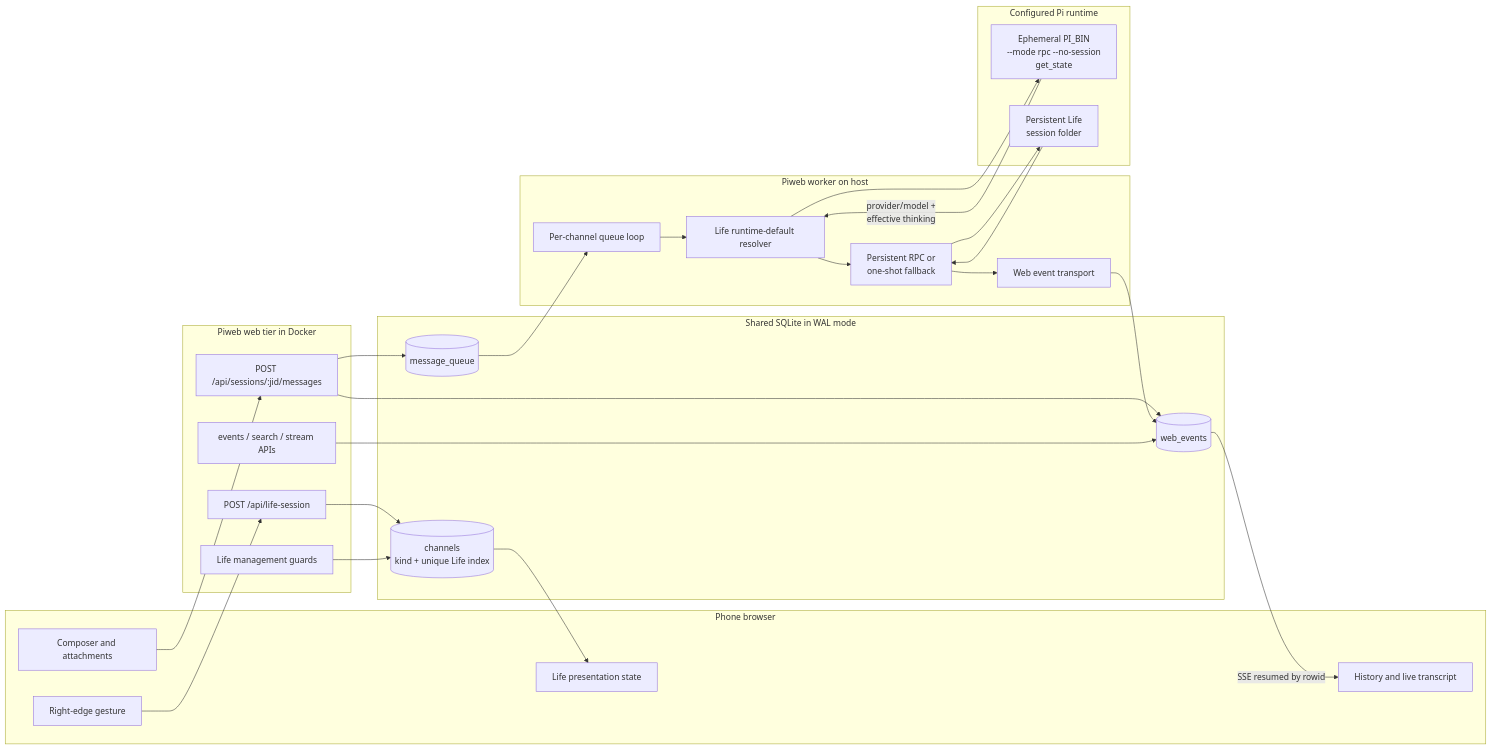
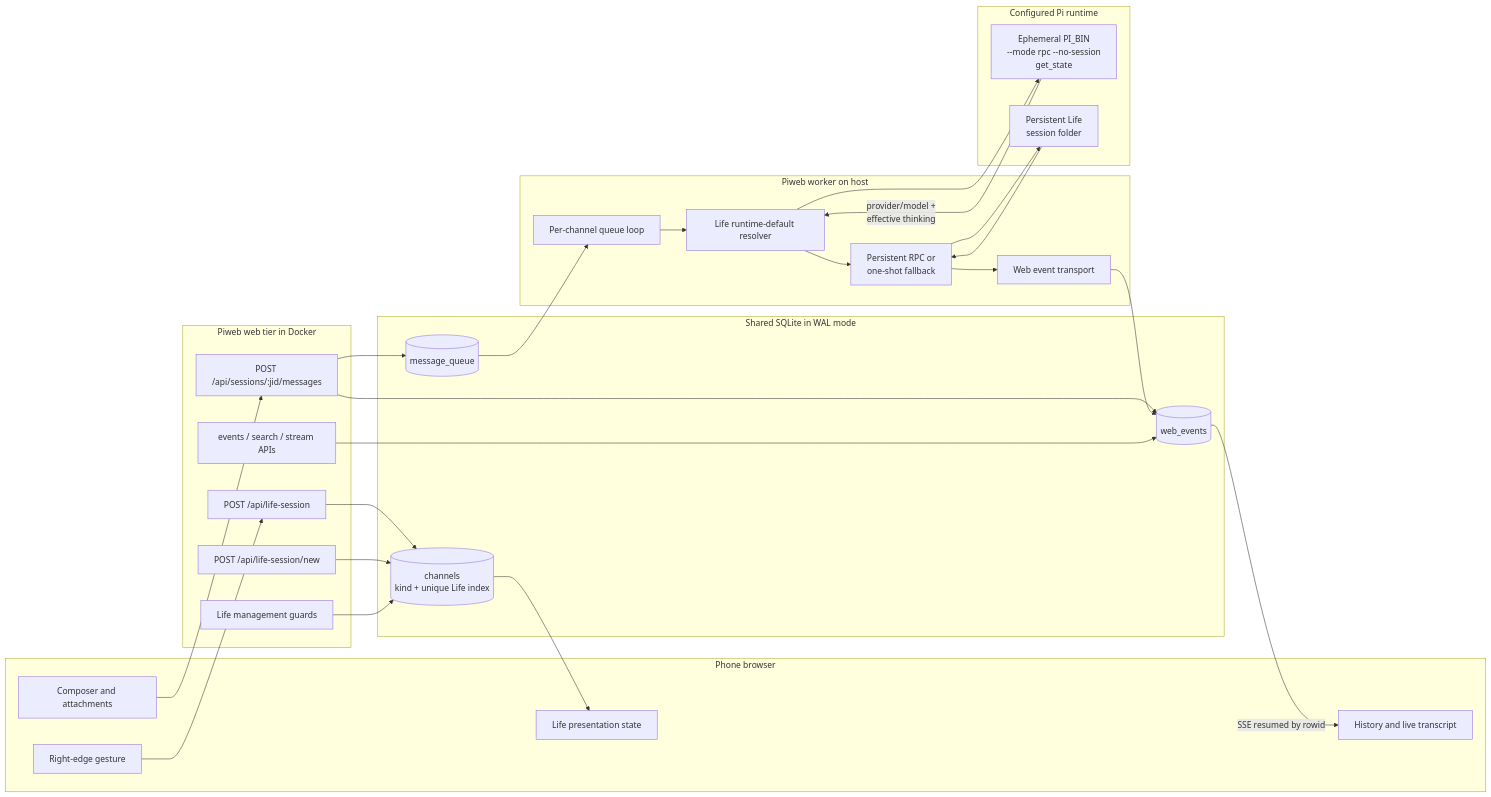
Before and after one commit to AyaSakura-comp/piweb: the second of 5 diagrams in docs/life-mode.md, drawn with Mermaid. The commit also changed other lines of this file and 22 other files, not shown here.

````diff
--- a/docs/life-mode.md
+++ b/docs/life-mode.md
@@ -107,53 +118,55 @@
 ```mermaid
 flowchart LR
     subgraph Phone[Phone browser]
         Gesture[Right-edge gesture]
         LifeUI[Life presentation state]
         Composer[Composer and attachments]
         Transcript[History and live transcript]
     end
 
     subgraph Web[Piweb web tier in Docker]
         LifeAPI[POST /api/life-session]
+        NewLifeAPI[POST /api/life-session/new]
         MsgAPI[POST /api/sessions/:jid/messages]
         HistoryAPI[events / search / stream APIs]
         Guards[Life management guards]
     end
 
     subgraph SQLite[Shared SQLite in WAL mode]
         Channels[(channels<br/>kind + unique Life index)]
         MessageQueue[(message_queue)]
         WebEvents[(web_events)]
     end
 
     subgraph Worker[Piweb worker on host]
         Queue[Per-channel queue loop]
         Resolver[Life runtime-default resolver]
         SessionRunner[Persistent RPC or<br/>one-shot fallback]
         Transport[Web event transport]
     end
 
     subgraph PiRuntime[Configured Pi runtime]
         Probe[Ephemeral PI_BIN<br/>--mode rpc --no-session<br/>get_state]
         LifeSession[Persistent Life<br/>session folder]
     end
 
     Gesture --> LifeAPI
     LifeAPI --> Channels
+    NewLifeAPI --> Channels
     Channels --> LifeUI
     Composer --> MsgAPI
     MsgAPI --> WebEvents
     MsgAPI --> MessageQueue
     MessageQueue --> Queue
     Queue --> Resolver
     Resolver --> Probe
     Probe -->|provider/model +<br/>effective thinking| Resolver
     Resolver --> SessionRunner
     SessionRunner --> LifeSession
     LifeSession --> SessionRunner
     SessionRunner --> Transport
     Transport --> WebEvents
     HistoryAPI --> WebEvents
     WebEvents -->|SSE resumed by rowid| Transcript
     Guards --> Channels
 ```
````
